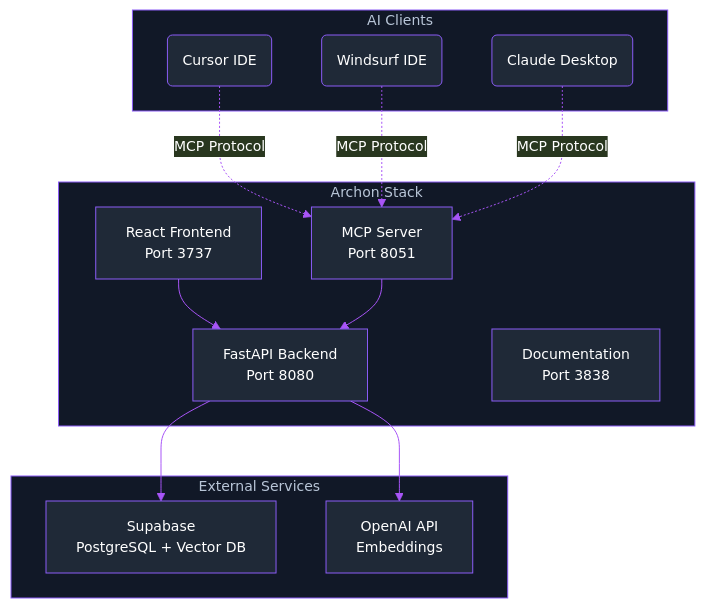
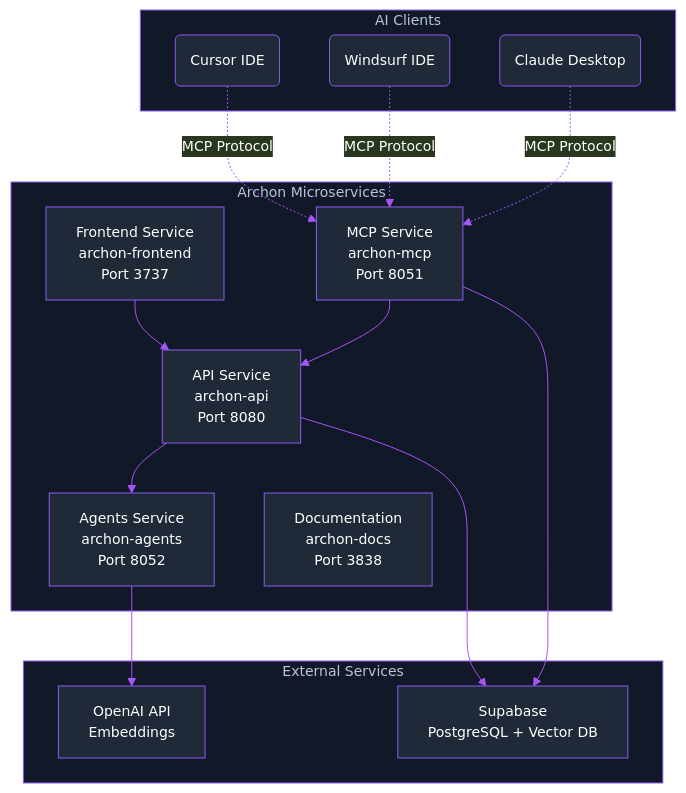
Before and after one commit to tarsonis125/mcp-crawl4ai-rag-ChromaDB-V1: the diagram in docs/docs/intro.mdx, drawn with Mermaid. The commit also changed other lines of this file and 36 other files, not shown here.

First line of the commit message:
refactor: transition to microservices architecture with Socket.IO integration

````diff
--- a/docs/docs/intro.mdx
+++ b/docs/docs/intro.mdx
@@ -114,47 +114,50 @@
 ```mermaid
 %%{init:{
   'theme':'base',
   'themeVariables': {
     'primaryColor':'#1f2937',
     'primaryTextColor':'#ffffff',
     'primaryBorderColor':'#8b5cf6',
     'lineColor':'#a855f7',
     'textColor':'#ffffff',
     'fontFamily':'Inter',
     'fontSize':'14px',
     'background':'#000000',
     'mainBkg':'#1f2937',
     'secondBkg':'#111827',
     'borderColor':'#8b5cf6',
     'clusterBkg':'#111827',
     'clusterBorder':'#8b5cf6'
   }
 }}%%
 graph TB
     subgraph "AI Clients"
         Cursor(Cursor IDE)
         Windsurf(Windsurf IDE)
         Claude(Claude Desktop)
     end
     
-        subgraph "Archon Stack"
-        UI["React Frontend<br/>Port 3737"]
-        API["FastAPI Backend<br/>Port 8080"]
-        MCP["MCP Server<br/>Port 8051"]
-        Docs["Documentation<br/>Port 3838"]
+    subgraph "Archon Microservices"
+        UI["Frontend Service<br/>archon-frontend<br/>Port 3737"]
+        API["API Service<br/>archon-api<br/>Port 8080"]
+        MCP["MCP Service<br/>archon-mcp<br/>Port 8051"]
+        Agents["Agents Service<br/>archon-agents<br/>Port 8052"]
+        Docs["Documentation<br/>archon-docs<br/>Port 3838"]
     end
 
     subgraph "External Services"
         Supabase["Supabase<br/>PostgreSQL + Vector DB"]
         OpenAI["OpenAI API<br/>Embeddings"]
     end
     
     Cursor -.->|MCP Protocol| MCP
     Windsurf -.->|MCP Protocol| MCP
     Claude -.->|MCP Protocol| MCP
     
     UI --> API
     MCP --> API
+    API --> Agents
     API --> Supabase
-    API --> OpenAI
+    Agents --> OpenAI
+    MCP --> Supabase
 ```
````
